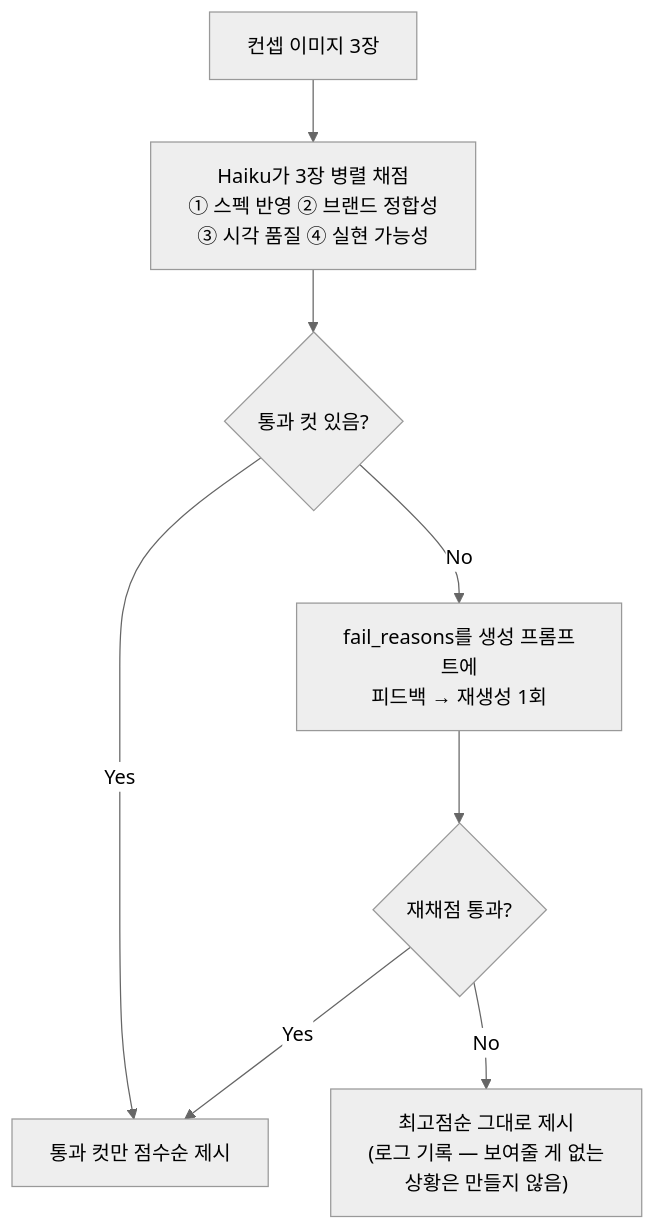
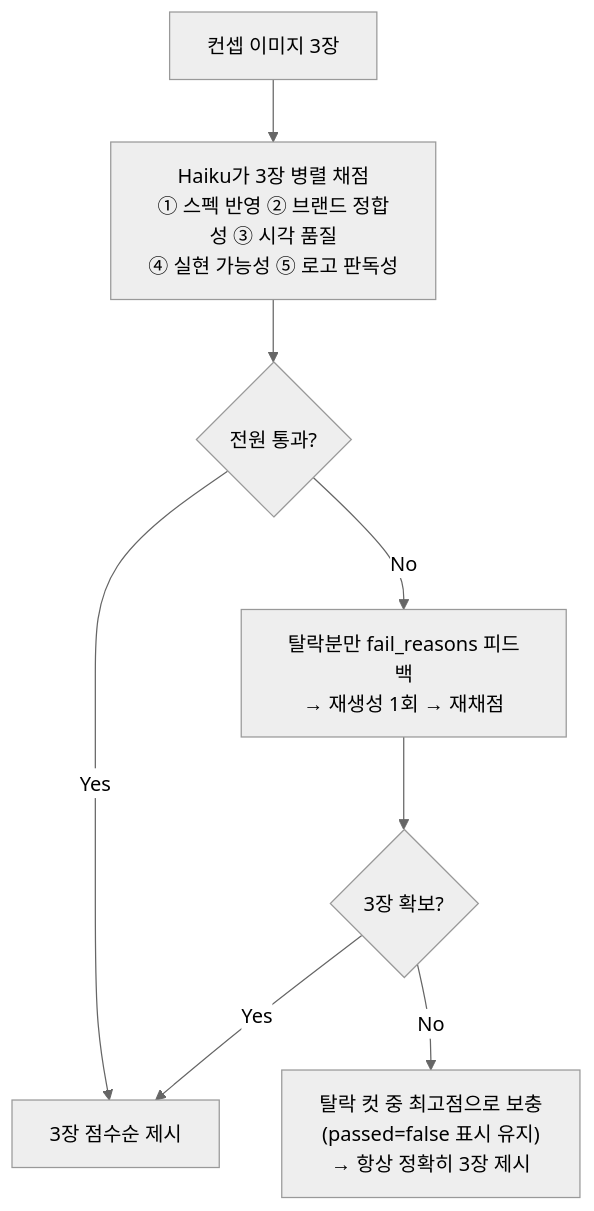
Before and after one commit to LikeLion-14th-SKHU/LikeLion-14th-TEAM04-AI: the third of 5 diagrams in README.md, drawn with Mermaid (neutral theme). The commit also changed other lines of this file and 4 other files, not shown here.

````diff
--- a/README.md
+++ b/README.md
@@ -96,10 +96,10 @@
 ```mermaid
 flowchart TD
-    A["컨셉 이미지 3장"] --> B["Haiku가 3장 병렬 채점<br/>① 스펙 반영 ② 브랜드 정합성<br/>③ 시각 품질 ④ 실현 가능성"]
-    B --> C{통과 컷 있음?}
-    C -->|Yes| D["통과 컷만 점수순 제시"]
-    C -->|No| E["fail_reasons를 생성 프롬프트에<br/>피드백 → 재생성 1회"]
-    E --> F{재채점 통과?}
+    A["컨셉 이미지 3장"] --> B["Haiku가 3장 병렬 채점<br/>① 스펙 반영 ② 브랜드 정합성 ③ 시각 품질<br/>④ 실현 가능성 ⑤ 로고 판독성"]
+    B --> C{전원 통과?}
+    C -->|Yes| D["3장 점수순 제시"]
+    C -->|No| E["탈락분만 fail_reasons 피드백<br/>→ 재생성 1회 → 재채점"]
+    E --> F{3장 확보?}
     F -->|Yes| D
-    F -->|No| G["최고점순 그대로 제시<br/>(로그 기록 — 보여줄 게 없는<br/>상황은 만들지 않음)"]
+    F -->|No| G["탈락 컷 중 최고점으로 보충<br/>(passed=false 표시 유지)<br/>→ 항상 정확히 3장 제시"]
 ```
````
